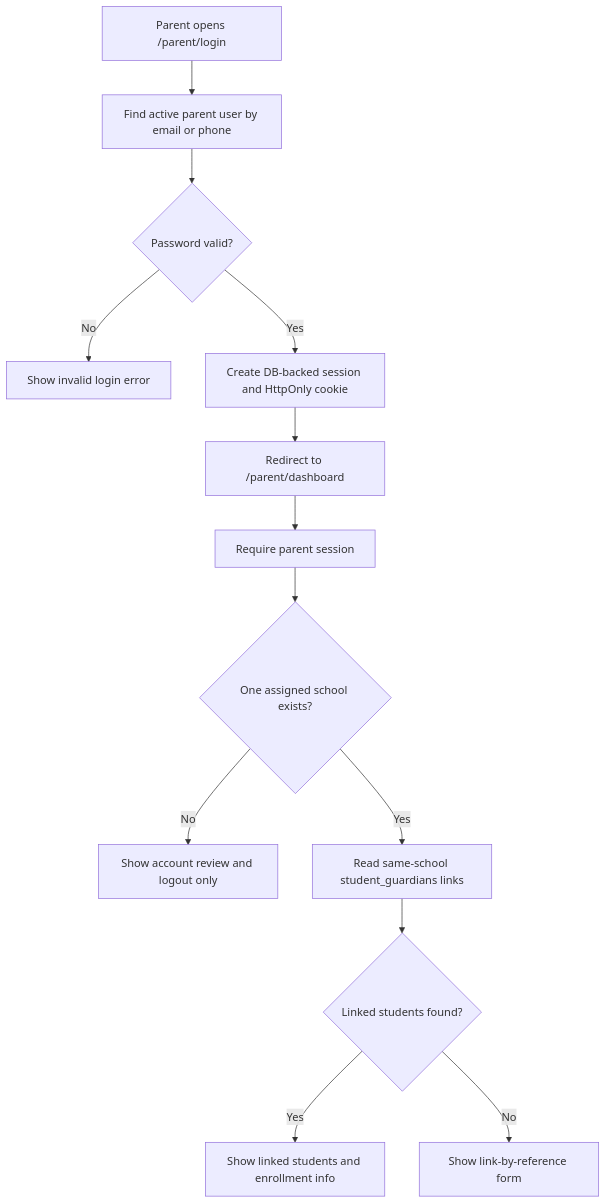
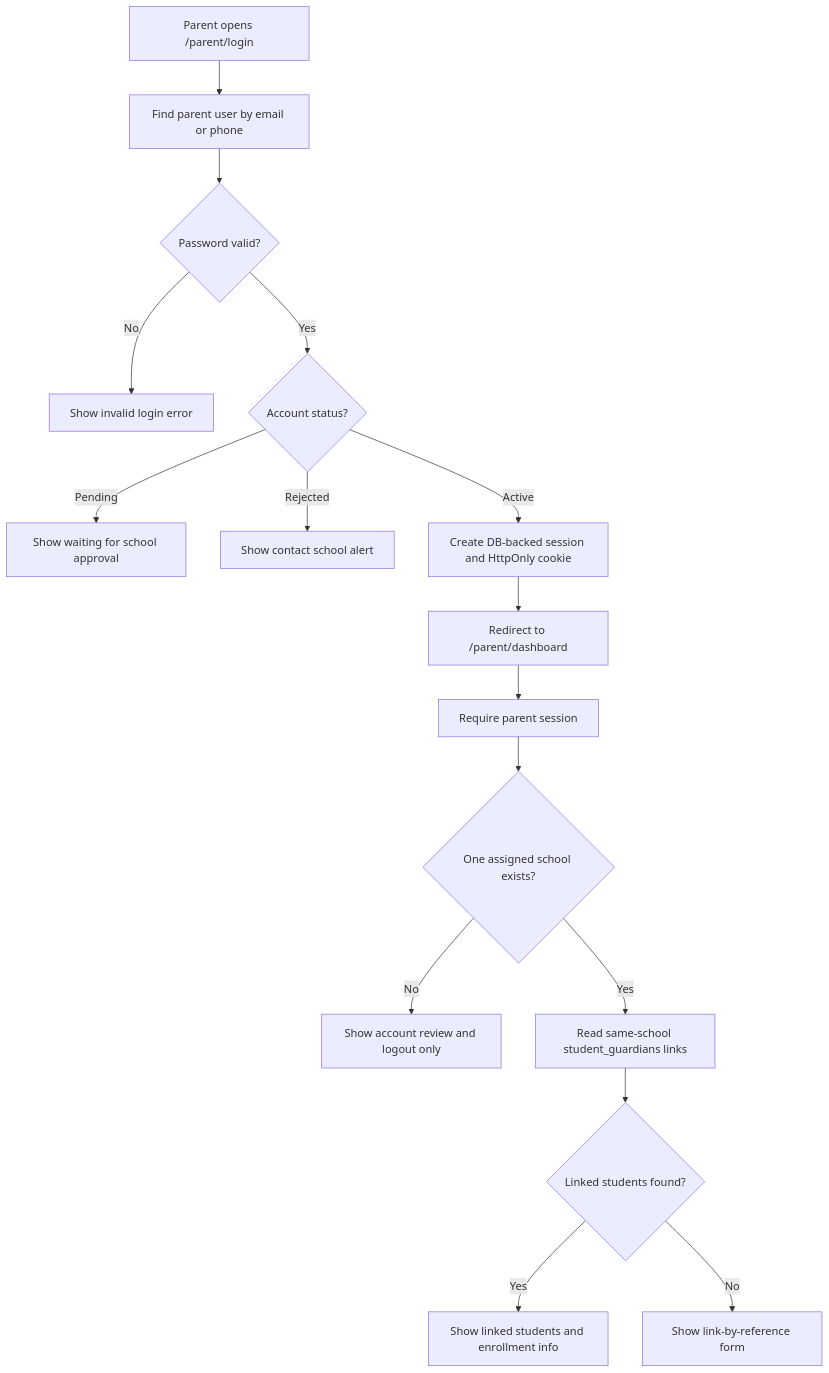
Before and after one commit to Xeyn19/xmetapay: diagram 12 of 23 in docs/PROJECT_FLOWCHARTS.md, drawn with Mermaid. The commit also changed other lines of this file and 29 other files, not shown here.

Commit message:
feat(parent): require school approval for parent registration

````diff
--- a/docs/PROJECT_FLOWCHARTS.md
+++ b/docs/PROJECT_FLOWCHARTS.md
@@ -438,15 +443,18 @@
 ```mermaid
 flowchart TD
-  A["Parent opens /parent/login"] --> B["Find active parent user by email or phone"]
+  A["Parent opens /parent/login"] --> B["Find parent user by email or phone"]
   B --> C{"Password valid?"}
   C -->|No| D["Show invalid login error"]
-  C -->|Yes| E["Create DB-backed session and HttpOnly cookie"]
+  C -->|Yes| C2{"Account status?"}
+  C2 -->|Pending| C3["Show waiting for school approval"]
+  C2 -->|Rejected| C4["Show contact school alert"]
+  C2 -->|Active| E["Create DB-backed session and HttpOnly cookie"]
   E --> F["Redirect to /parent/dashboard"]
   F --> G["Require parent session"]
   G --> G2{"One assigned school exists?"}
   G2 -->|No| G3["Show account review and logout only"]
   G2 -->|Yes| H["Read same-school student_guardians links"]
   H --> I{"Linked students found?"}
   I -->|Yes| J["Show linked students and enrollment info"]
   I -->|No| K["Show link-by-reference form"]
 ```
````
